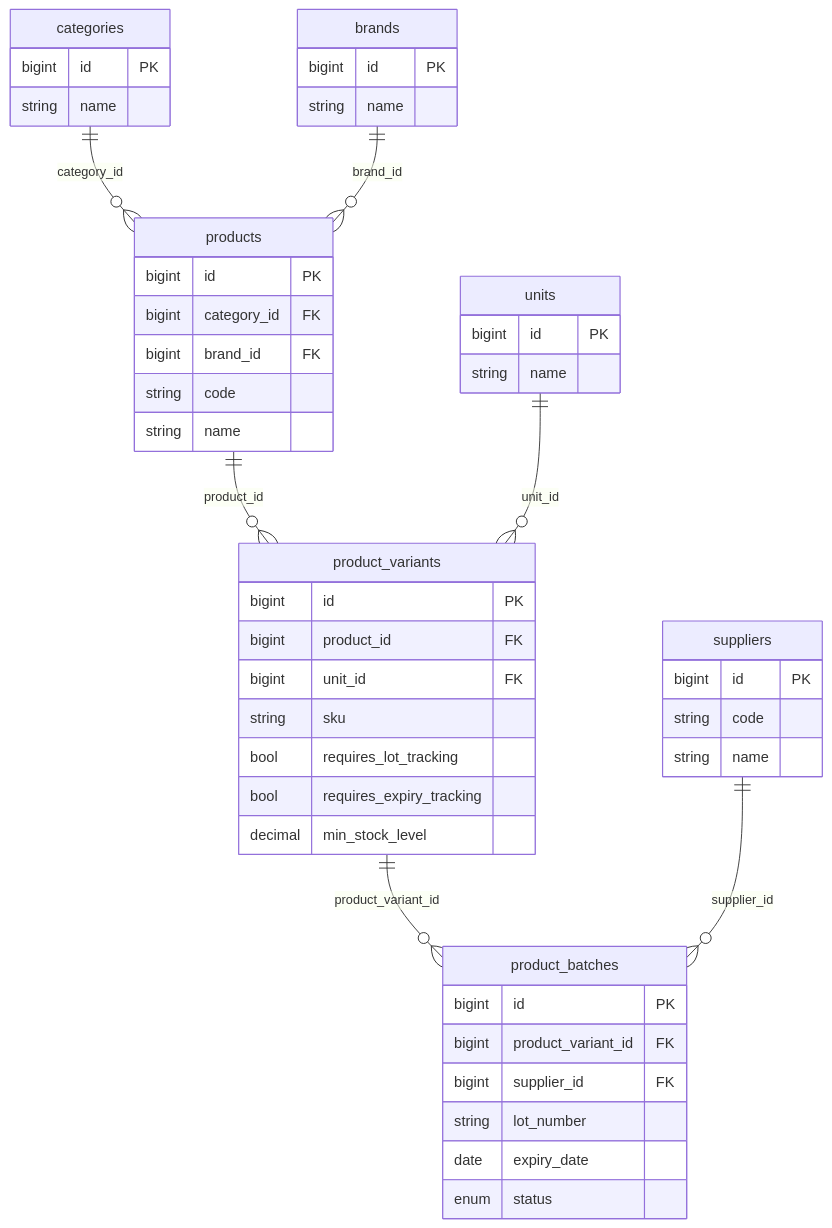
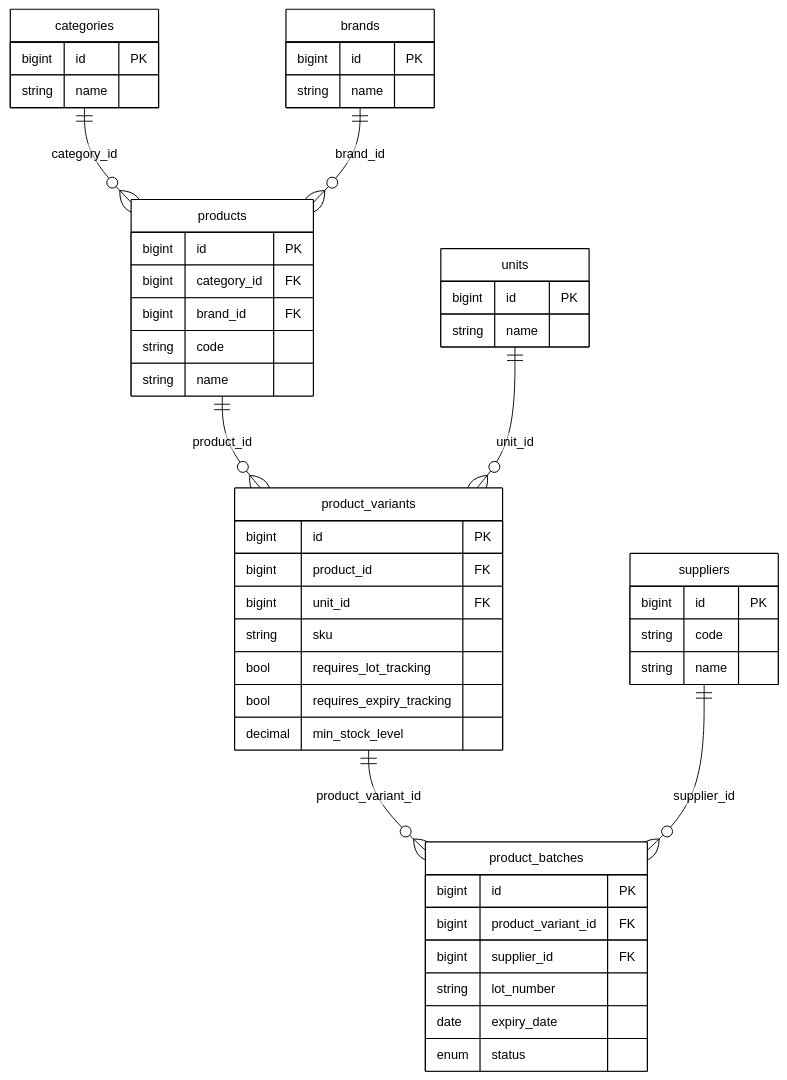
One commit to nguyenthihongnhu-dotcom/luanvan2026 changed diagram 13 of 54 in THIET_KE_HE_THONG.md. Above: the diagram before and after it, drawn with Mermaid. The commit also changed other lines of this file and 170 other files, not shown here.

````diff
--- a/THIET_KE_HE_THONG.md
+++ b/THIET_KE_HE_THONG.md
@@ -408,51 +739,76 @@
 ```mermaid
+%%{init: {
+  'theme': 'base',
+  'themeVariables': {
+    'primaryColor': '#ffffff',
+    'primaryBorderColor': '#000000',
+    'primaryTextColor': '#000000',
+    'secondaryColor': '#ffffff',
+    'secondaryBorderColor': '#000000',
+    'secondaryTextColor': '#000000',
+    'tertiaryColor': '#ffffff',
+    'tertiaryBorderColor': '#000000',
+    'tertiaryTextColor': '#000000',
+    'lineColor': '#000000',
+    'textColor': '#000000',
+    'mainBkg': '#ffffff',
+    'nodeBorder': '#000000',
+    'clusterBkg': '#ffffff',
+    'clusterBorder': '#000000',
+    'edgeLabelBackground': '#ffffff',
+    'fontSize': '14px',
+    'attributeBackgroundColorOdd': '#ffffff',
+    'attributeBackgroundColorEven': '#ffffff'
+  },
+  'er': { 'entityPadding': 12, 'minEntityWidth': 130, 'useMaxWidth': false }
+}}%%
 erDiagram
     categories ||--o{ products : category_id
     brands ||--o{ products : brand_id
     products ||--o{ product_variants : product_id
     units ||--o{ product_variants : unit_id
     product_variants ||--o{ product_batches : product_variant_id
     suppliers ||--o{ product_batches : supplier_id
 
     categories {
         bigint id PK
         string name
     }
     brands {
         bigint id PK
         string name
     }
     units {
         bigint id PK
         string name
     }
     suppliers {
         bigint id PK
         string code
         string name
     }
     products {
         bigint id PK
         bigint category_id FK
         bigint brand_id FK
         string code
         string name
     }
     product_variants {
         bigint id PK
         bigint product_id FK
         bigint unit_id FK
         string sku
         bool requires_lot_tracking
         bool requires_expiry_tracking
         decimal min_stock_level
     }
     product_batches {
         bigint id PK
         bigint product_variant_id FK
         bigint supplier_id FK
         string lot_number
         date expiry_date
         enum status
     }
 ```
````
